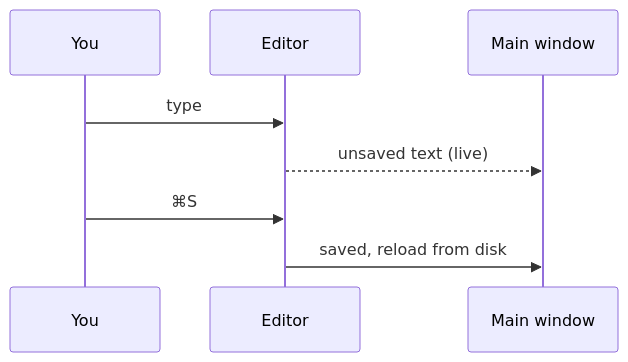
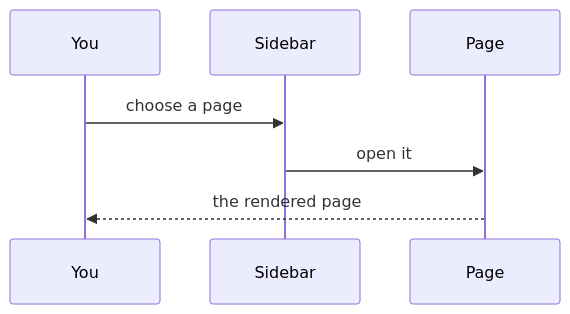
Before and after one commit to dragosh/zen: the second of 3 diagrams in examples/demo/plugins/diagram.md, drawn with Mermaid. The commit also changed other lines of this file and 80 other files, not shown here.

````diff
--- a/examples/demo/plugins/diagram.md
+++ b/examples/demo/plugins/diagram.md
@@ -24,10 +24,9 @@
 ```mermaid
 sequenceDiagram
   participant You
-  participant Editor
-  participant Main as Main window
-  You->>Editor: type
-  Editor-->>Main: unsaved text (live)
-  You->>Editor: ⌘S
-  Editor->>Main: saved, reload from disk
+  participant Sidebar
+  participant Page
+  You->>Sidebar: choose a page
+  Sidebar->>Page: open it
+  Page-->>You: the rendered page
 ```
````
